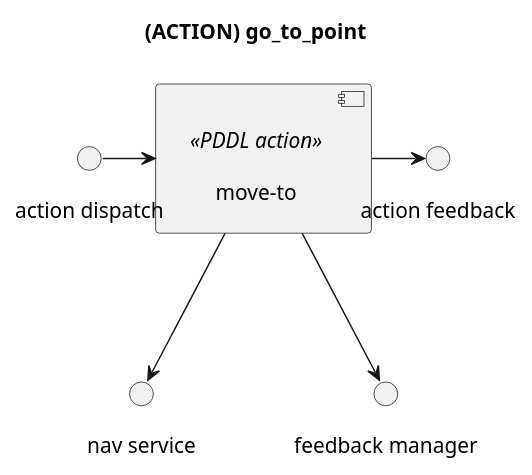
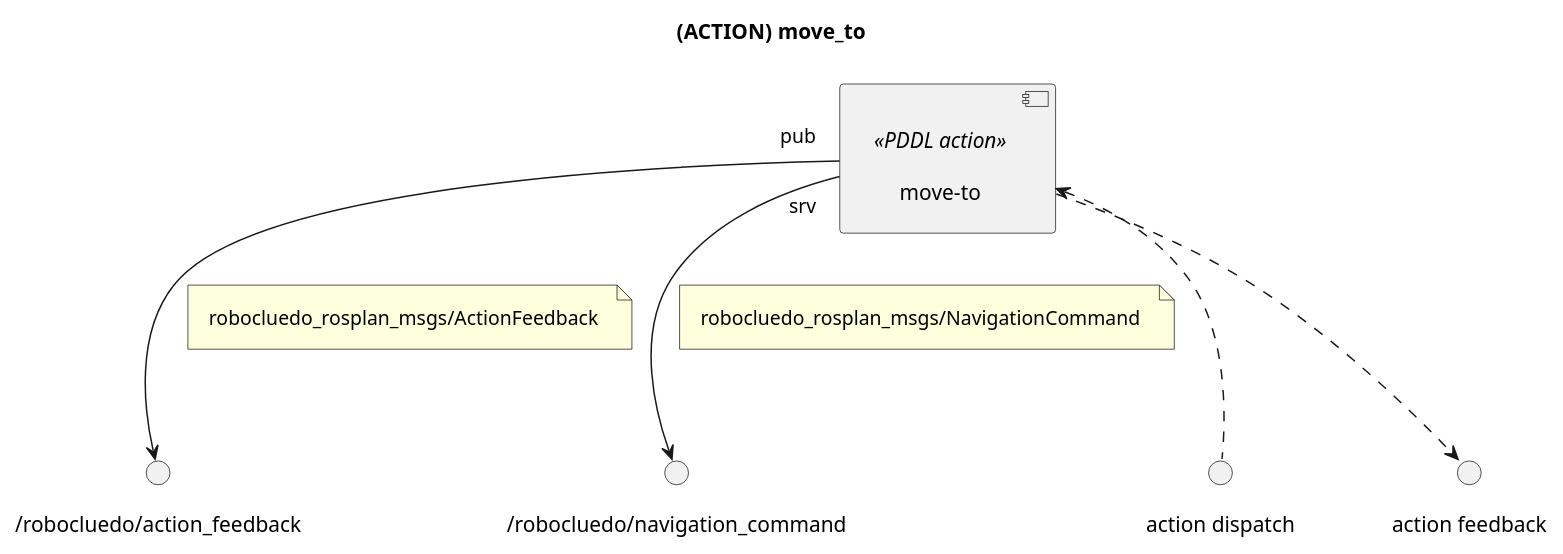
Before and after one commit to programmatoroSeduto/ExperimentalRoboticsLab-Assignment-2: the second of 5 diagrams in robocluedo_rosplan/_docs/new-robocluedo.md, drawn with PlantUML. The commit also changed other lines of this file and 91 other files, not shown here.

Commit message:
working on robocluedo_rosplan_actions (replan, move_to)

````diff
--- a/robocluedo_rosplan/_docs/new-robocluedo.md
+++ b/robocluedo_rosplan/_docs/new-robocluedo.md
@@ -195,28 +167,29 @@
 ```{uml} 
 @startuml
 
 ''' DIAGRAM INFOS
-title "(ACTION) go_to_point"
+title "(ACTION) move_to"
 skinparam Padding 8
 allow_mixing
-
-
-''' FROM OTHER DIAGRAMS
-() "nav service" as SRV_NAV
 
 
 ''' COMPONENTS
 component "move-to" <<PDDL action>> as ACT_MOVE_TO
 
 
 ''' LINKS
-ACT_MOVE_TO --> SRV_NAV
+() "/robocluedo/action_feedback" as TOPIC_FEEDBACK_MANAGER
+ACT_MOVE_TO "pub" --> TOPIC_FEEDBACK_MANAGER
+note on link: robocluedo_rosplan_msgs/ActionFeedback
+
+() "/robocluedo/navigation_command" as SRV_NAV
+ACT_MOVE_TO "srv" --> SRV_NAV
+note on link: robocluedo_rosplan_msgs/NavigationCommand
+
+() "action dispatch" as DISPATCH
+ACT_MOVE_TO <.. DISPATCH
 () "action feedback" as DISP_FEEDBACK 
-ACT_MOVE_TO -right-> DISP_FEEDBACK
-() "feedback manager" as TOPIC_FEEDBACK_MANAGER
-ACT_MOVE_TO -down-> TOPIC_FEEDBACK_MANAGER
-() "action dispatch" as DISPATCH
-ACT_MOVE_TO <-left- DISPATCH
+ACT_MOVE_TO ..> DISP_FEEDBACK
 
 @enduml
 ```
````
